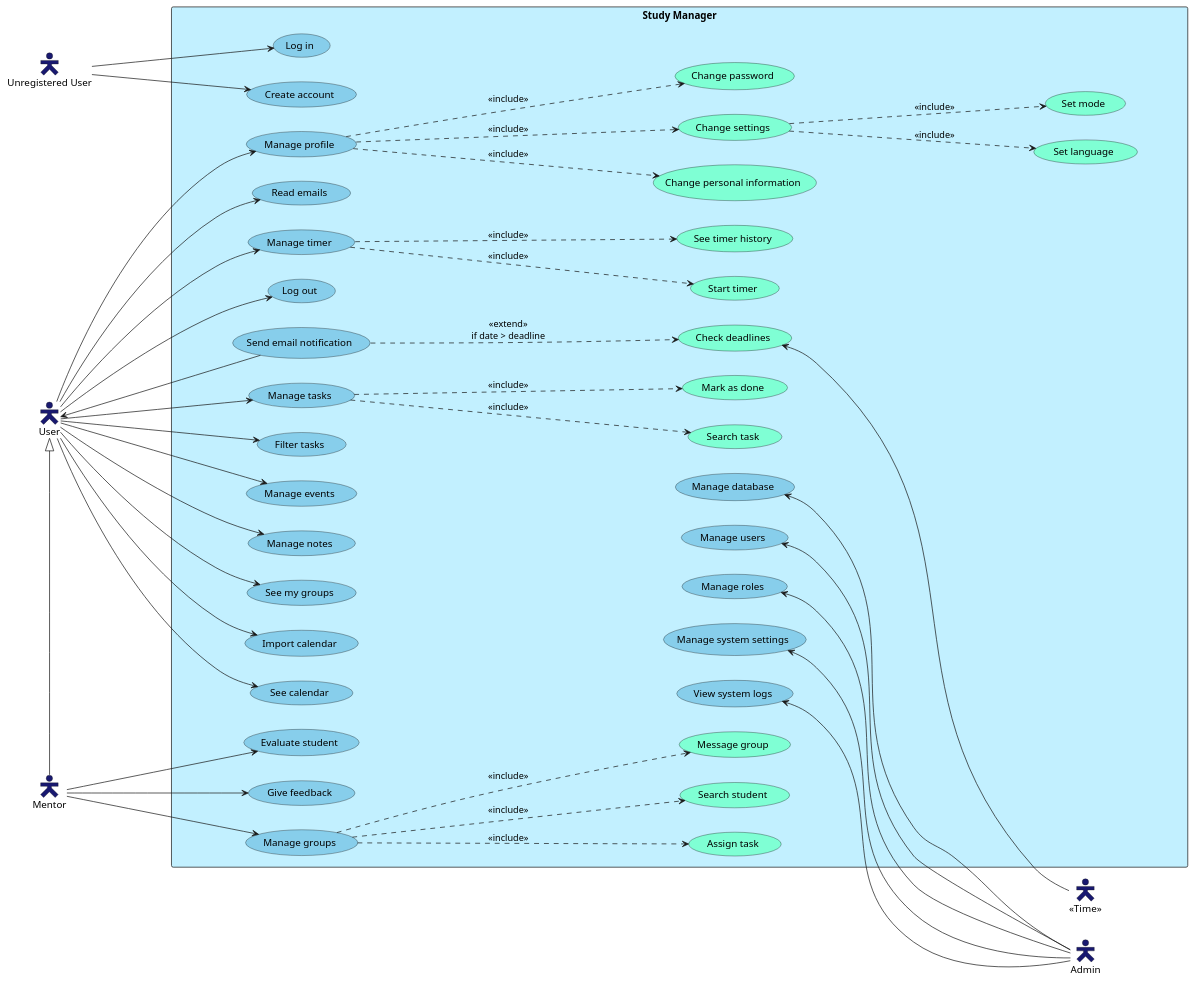
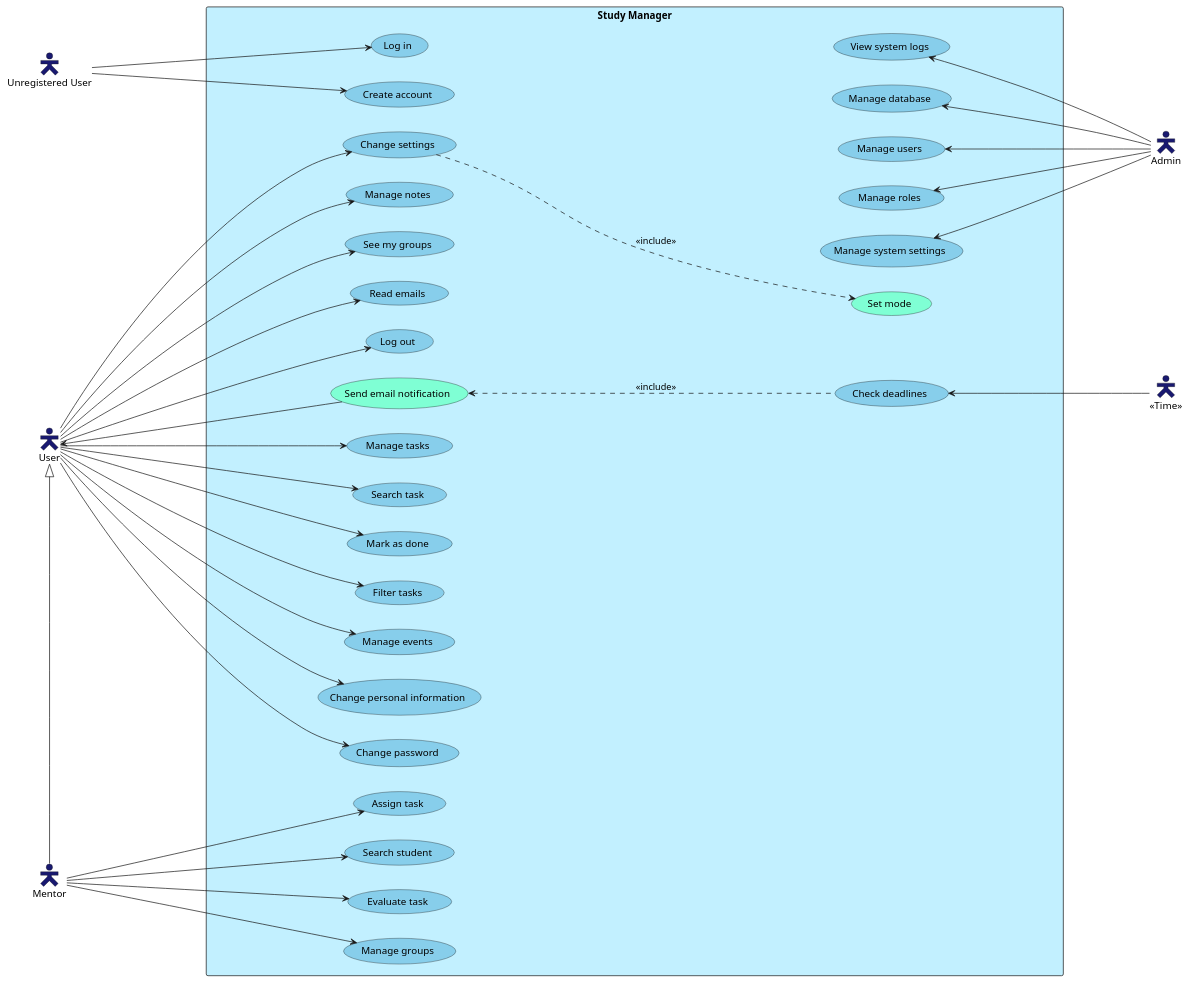
Before and after one commit to pb138-study-manager/pb138: the diagram in docs/analysis/use-case.puml, drawn with PlantUML. The commit also changed other lines of this file, not shown here.

Commit message:
update: change ucd according to erd

```diff
--- a/docs/analysis/use-case.puml
+++ b/docs/analysis/use-case.puml
@@ -8,122 +10,118 @@
 @startuml Study Manager 
 
 !pragma ratio 0.80
 
 left to right direction
 
 ' Style: (colors from https://sarafian.github.io/assets/images/posts/plantuml/2021-02-24-plantuml-tips-tricks-1/colors.svg)
 skinparam UsecaseBackgroundColor SkyBlue
 skinparam RectangleBackgroundColor APPLICATION
 skinparam ActorBackgroundColor MidnightBlue
 skinparam ActorStyle Hollow
 
 ' Actors:
 actor "Unregistered User" as unregisteredUser
 actor "User" as user
 actor "Mentor" as mentor
 actor "Admin" as admin
 'actor "<<System>>" as system
 actor "<<Time>>" as time
 
 ' System boundary:
 rectangle "Study Manager" as studyManager {
     ' unregistered user
     usecase "Create account" as createAccount
     usecase "Log in" as logIn
 
     ' logged in user
     usecase "Manage tasks" as manageTask
-    usecase "Search task" as searchTask #aquamarine
-    usecase "Mark as done" as markDone #aquamarine
+    usecase "Search task" as searchTask
+    usecase "Mark as done" as markDone
     usecase "Filter tasks" as filter
+
     usecase "Manage events" as manageEvent
+    ' usecase "Import calendar" as importCal
+    ' usecase "See calendar" as seeCal
+
+    usecase "Change personal information" as changePersonalInfo
+    usecase "Change password" as changePassword
+    usecase "Change settings" as settings
+    ' usecase "Set language" as setLanguage #aquamarine
+    usecase "Set mode" as setMode #aquamarine
+
     usecase "Manage notes" as manageNotes
     usecase "See my groups" as seeGroups
-    usecase "Import calendar" as importCal
-    usecase "See calendar" as seeCal
-    usecase "Manage profile" as manageProfile
-    usecase "Change personal information" as changePersonalInfo #aquamarine
-    usecase "Change password" as changePassword #aquamarine
-    usecase "Change settings" as settings #aquamarine
-    usecase "Set language" as setLanguage #aquamarine
-    usecase "Set mode" as setMode #aquamarine
     usecase "Read emails" as readEmails
-    usecase "Manage timer" as manageTimer
-    usecase "Start timer" as startTimer #aquamarine
-    usecase "See timer history" as timerHistory #aquamarine
     usecase "Log out" as logOut
+
+    ' usecase "Start timer" as startTimer
+    ' usecase "See timer history" as timerHistory
 
     ' mentor
     usecase "Manage groups" as manageGroup
-    usecase "Assign task" as assignTask #aquamarine
-    usecase "Search student" as searchStudent #aquamarine
-    usecase "Message group" as messageGroup #aquamarine
-    usecase "Evaluate student" as evaluateStudent
-    usecase "Give feedback" as giveFeedback
+    usecase "Assign task" as assignTask
+    usecase "Search student" as searchStudent
+    usecase "Evaluate task" as evaluateTask
+    ' usecase "Message group" as messageGroup
     
     'admin or system
-    usecase "Send email notification" as sendNotification
-    usecase "Check deadlines" as checkDeadlines #aquamarine
+    usecase "Check deadlines" as checkDeadlines
+    usecase "Send email notification" as sendNotification #aquamarine
     usecase "Manage users" as manageUsers
     usecase "Manage roles" as manageRoles
     usecase "Manage system settings" as manageSystemSettings
     usecase "View system logs" as viewLogs
     usecase "Manage database" as manageDatabase
 }
 
 ' Generalizations
 mentor -[norank]-|> user
 
 ' Includes and extends
-manageTask ..> searchTask : <<include>>
-manageTask ..> markDone : <<include>>
-manageProfile ..> changePersonalInfo : <<include>>
-manageProfile ..> changePassword : <<include>>
-manageProfile ..> settings : <<include>>
-settings ..> setLanguage : <<include>>
+' settings ..> setLanguage : <<include>>
 settings ..> setMode : <<include>>
-manageTimer ..> startTimer : <<include>>
-manageTimer ..> timerHistory : <<include>>
-
-manageGroup ..> assignTask : <<include>>
-manageGroup ..> searchStudent : <<include>>
-manageGroup ..> messageGroup : <<include>>
-
-sendNotification ..> checkDeadlines : <<extend>>\nif date > deadline
+sendNotification <.. checkDeadlines : <<include>>
 
 ' Associations:
 unregisteredUser --> createAccount
 unregisteredUser --> logIn
 
 user --> manageTask
+user --> searchTask
+user --> markDone
 user --> filter
+
 user --> manageEvent
+'user --> importCal
+'user --> seeCal
+
+user --> changePersonalInfo
+user --> changePassword
+user --> settings
+
 user --> manageNotes
 user --> seeGroups
-user --> importCal
-user --> seeCal
-user --> manageProfile
 user --> readEmails
-user --> manageTimer
 user --> logOut
 sendNotification --> user
 
 mentor --> manageGroup
-mentor --> evaluateStudent
-mentor --> giveFeedback
+mentor --> assignTask
+mentor --> searchStudent
+mentor --> evaluateTask
 
 checkDeadlines <-- time
 manageUsers <-- admin
 manageRoles <-- admin
 manageSystemSettings <-- admin
 viewLogs <-- admin
 manageDatabase <-- admin
 
 ' For layout purposes:
-filter <-[hidden]- manageUsers
-filter <-[hidden]- manageRoles
-filter <-[hidden]- manageSystemSettings
-filter <-[hidden]- viewLogs
-filter <-[hidden]- manageDatabase
+logIn <-[hidden]- viewLogs
+logIn <-[hidden]- manageUsers
+logIn <-[hidden]- manageRoles
+logIn <-[hidden]- manageSystemSettings
+logIn <-[hidden]- manageDatabase
 
 @enduml
```
